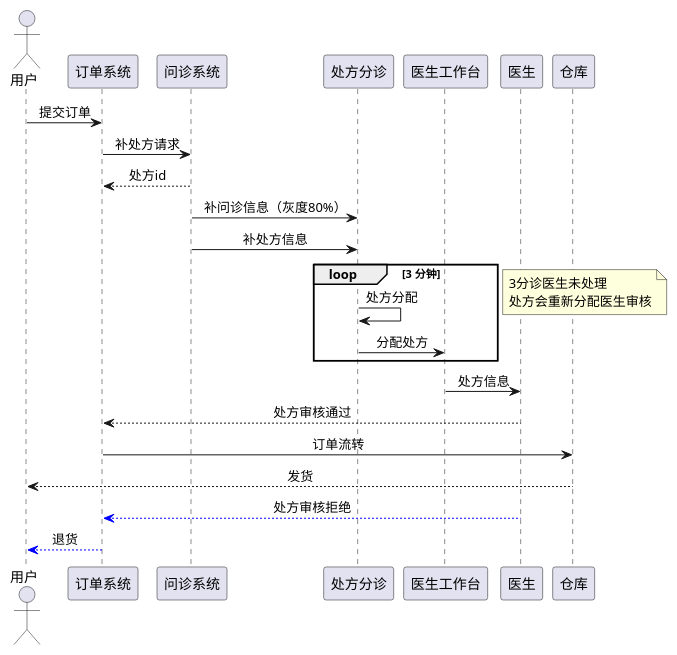
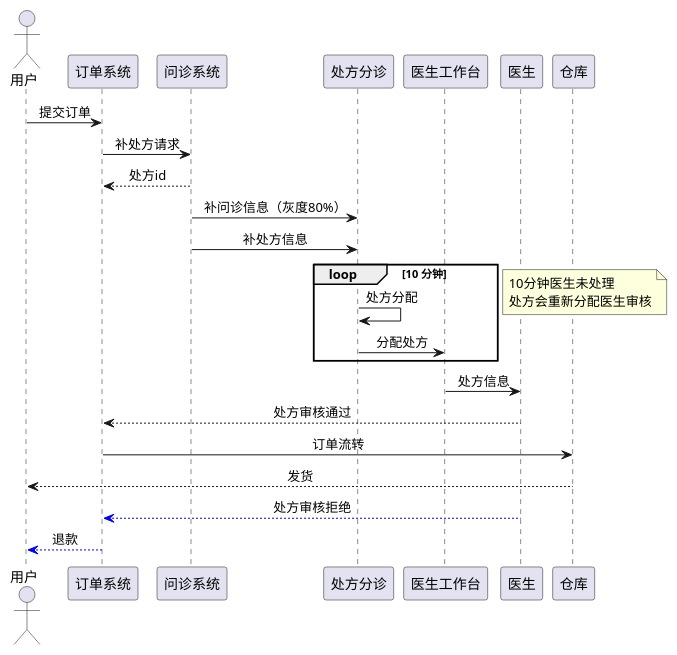
One commit to wxxzy/mdesk changed the diagram in chaos/src/main/java/com/chaos/graph/需求前置.puml. Above: the diagram before and after it, drawn with PlantUML. The commit also changed 1 other file, not shown here.

```diff
--- a/chaos/src/main/java/com/chaos/graph/需求前置.puml
+++ b/chaos/src/main/java/com/chaos/graph/需求前置.puml
@@ -1,26 +1,26 @@
 @startuml
 actor 用户
 skinparam sequenceMessageAlign center
 
 用户 -> 订单系统: 提交订单
 
 订单系统 -> 问诊系统: 补处方请求
 问诊系统 --> 订单系统: 处方id
 问诊系统 -> 处方分诊: 补问诊信息（灰度80%）
 问诊系统 -> 处方分诊: 补处方信息
-loop 3 分钟
+loop 10 分钟
     处方分诊 ->处方分诊: 处方分配
     处方分诊 -> 医生工作台: 分配处方
 end
 
 note left
-3分诊医生未处理
+10分钟医生未处理
 处方会重新分配医生审核
 end note
 医生工作台 -> 医生: 处方信息
 医生 --> 订单系统: 处方审核通过
 订单系统 ->仓库: 订单流转
 仓库 --> 用户: 发货
 医生 --[#0000FF]> 订单系统: 处方审核拒绝
-订单系统--[#0000FF]> 用户: 退货
+订单系统--[#0000FF]> 用户: 退款
 @enduml
```
